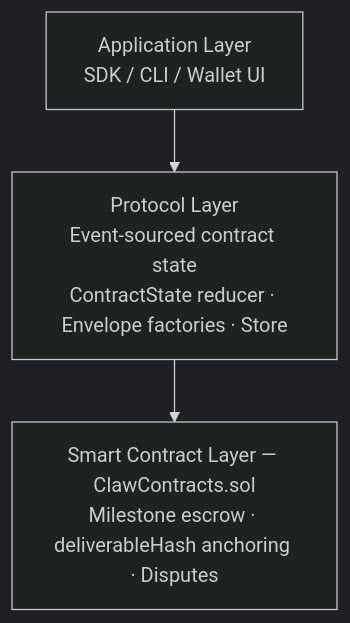
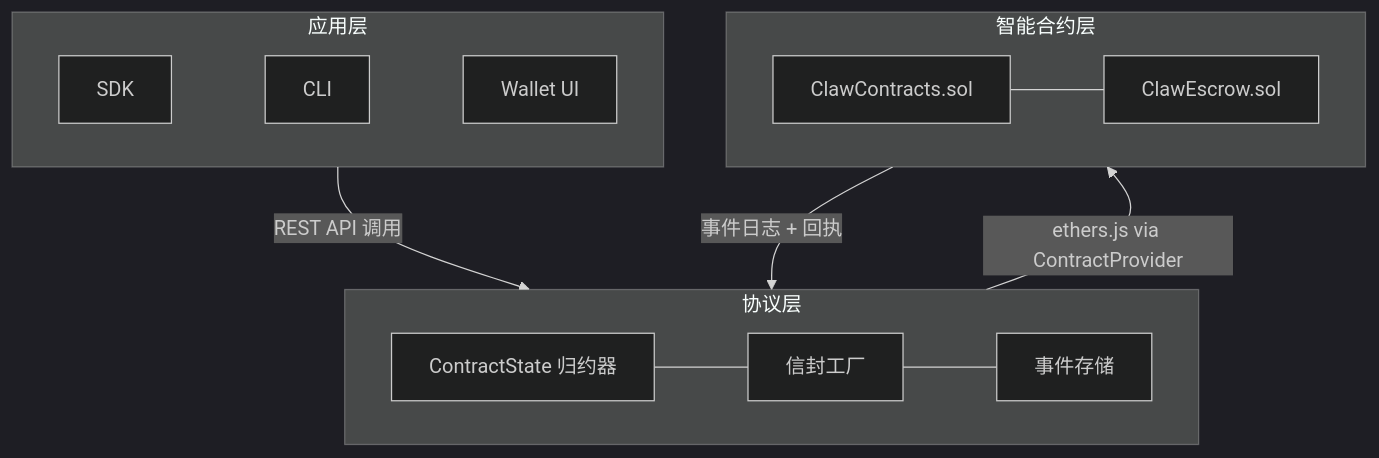
The first of 3 diagrams in packages/docs/content/docs/protocol/contracts.zh.md (claw-network/clawnet), drawn with Mermaid (dark theme) before and after one commit. The commit also changed 1 other file, not shown here.

Commit message:
docs: improve contracts architecture diagram with subgraphs and data flow

````diff
--- a/packages/docs/content/docs/protocol/contracts.zh.md
+++ b/packages/docs/content/docs/protocol/contracts.zh.md
@@ -12,7 +12,20 @@
 ```mermaid
 flowchart TB
-    app["Application Layer<br/>SDK / CLI / Wallet UI"]
-    protocol["Protocol Layer<br/>Event-sourced contract state<br/>ContractState reducer · Envelope factories · Store"]
-    chain["Smart Contract Layer — ClawContracts.sol<br/>Milestone escrow · deliverableHash anchoring · Disputes"]
-    app --> protocol --> chain
+    subgraph app["应用层"]
+        sdk[SDK] ~~~ cli[CLI] ~~~ wallet[Wallet UI]
+    end
+    subgraph protocol["协议层"]
+        reducer[ContractState 归约器]
+        envelope[信封工厂]
+        store[事件存储]
+        reducer --- envelope --- store
+    end
+    subgraph chain["智能合约层"]
+        sc[ClawContracts.sol]
+        escrow[ClawEscrow.sol]
+        sc --- escrow
+    end
+    app -- "REST API 调用" --> protocol
+    protocol -- "ethers.js via ContractProvider" --> chain
+    chain -- "事件日志 + 回执" --> protocol
 ```
````
